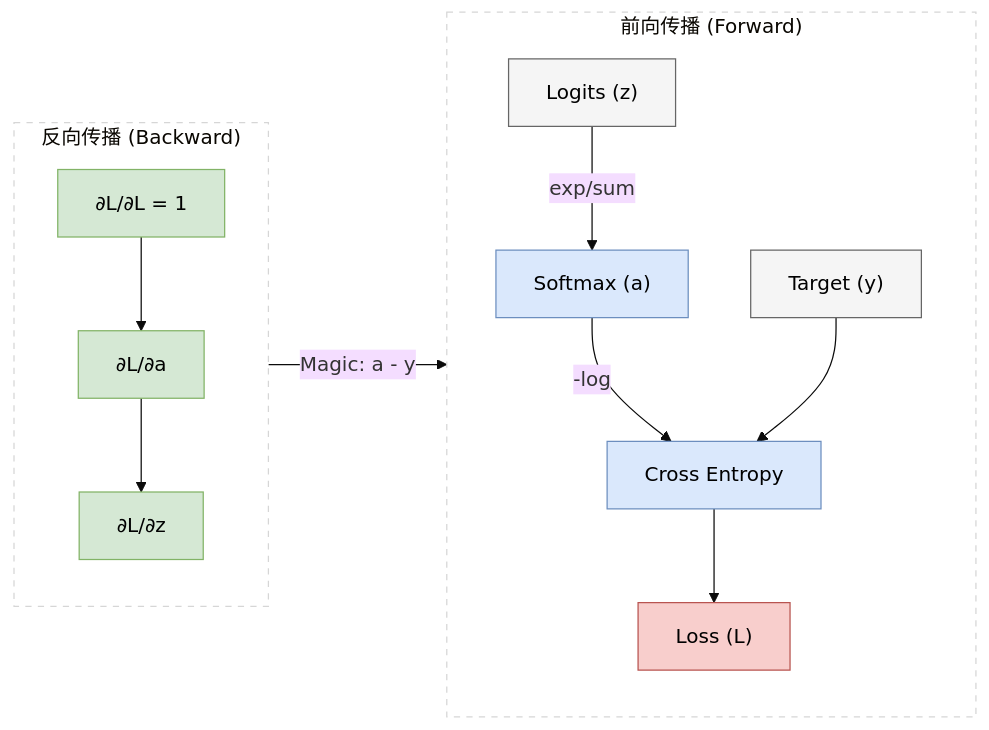
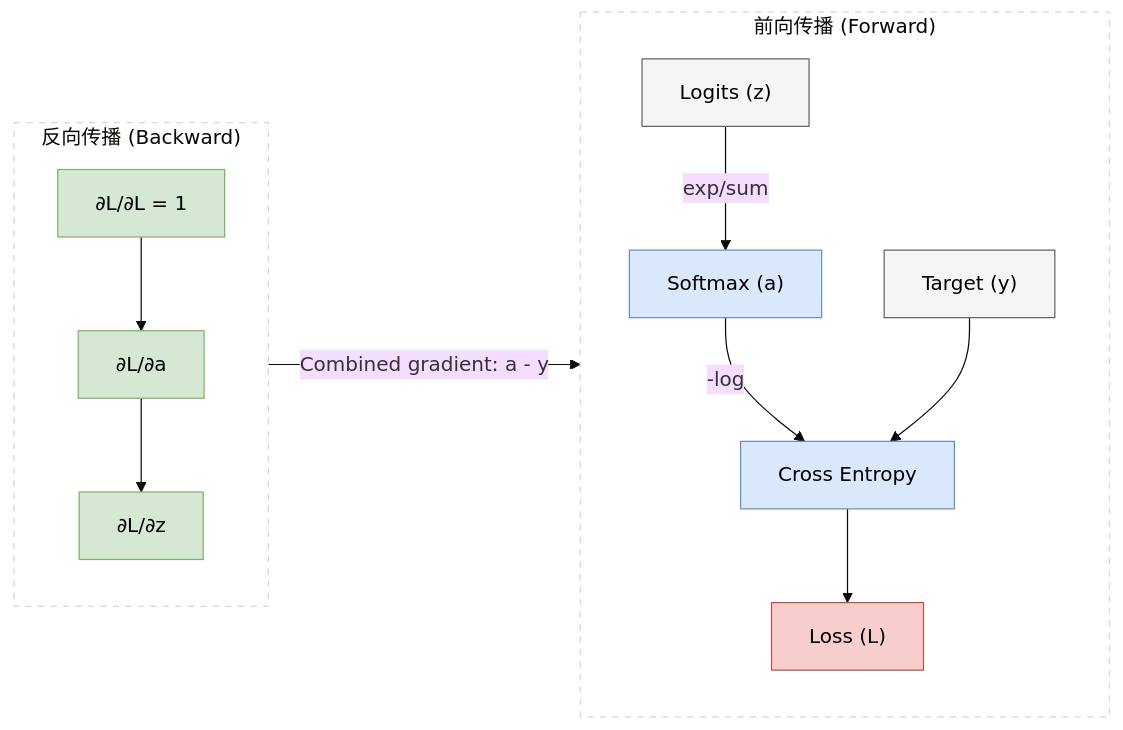
The diagram in books/ai-technical-survey/appendix/a.7_softmax_crossentropy.md (glenzli/ai-summary-book), drawn with Mermaid (base theme) before and after one commit. The commit also changed other lines of this file and 37 other files, not shown here.

````diff
--- a/books/ai-technical-survey/appendix/a.7_softmax_crossentropy.md
+++ b/books/ai-technical-survey/appendix/a.7_softmax_crossentropy.md
@@ -118,28 +118,28 @@
 ```mermaid
 graph LR
     %% 样式定义
     classDef input fill:#F5F5F5,stroke:#666666,color:#000000;
     classDef op fill:#DAE8FC,stroke:#6C8EBF,color:#000000;
     classDef loss fill:#F8CECC,stroke:#B85450,color:#000000;
     classDef grad fill:#D5E8D4,stroke:#82B366,color:#000000;
 
     subgraph Forward ["前向传播 (Forward)"]
         direction TB
         Logits["Logits (z)"]:::input -->|exp/sum| Softmax["Softmax (a)"]:::op
         Softmax -->|-log| CE["Cross Entropy"]:::op
         Label["Target (y)"]:::input --> CE
         CE --> Loss["Loss (L)"]:::loss
     end
 
     subgraph Backward ["反向传播 (Backward)"]
         direction TB
         GradL["∂L/∂L = 1"]:::grad --> GradCE["∂L/∂a"]:::grad
         GradCE --> GradSM["∂L/∂z"]:::grad
     end
 
     %% 关键连接
-    GradSM --"Magic: a - y"--> Logits
+    GradSM --"Combined gradient: a - y"--> Logits
     
     style Forward fill:#FFFFFF,stroke:#D6D6D6,stroke-dasharray: 5 5
     style Backward fill:#FFFFFF,stroke:#D6D6D6,stroke-dasharray: 5 5
 ```
````
